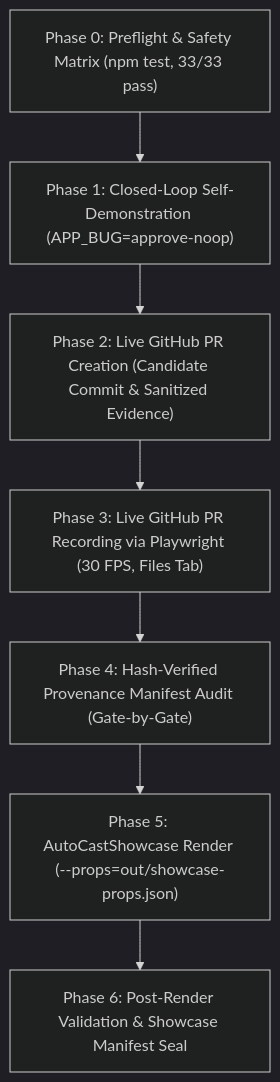
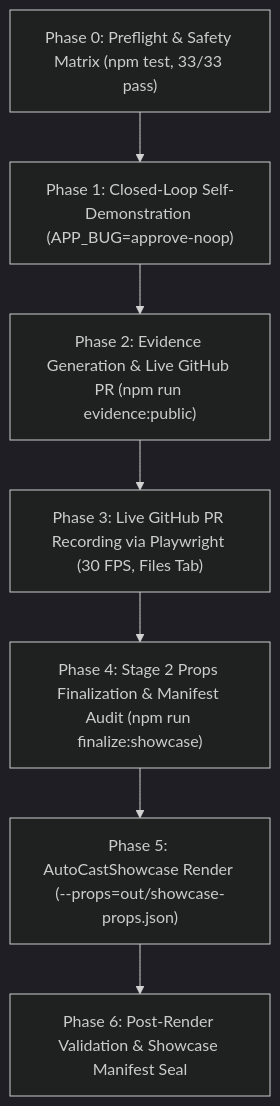
One commit to nikhil-r0/autocast changed the second of 2 diagrams in PLAN.md. Above: the diagram before and after it, drawn with Mermaid (dark theme). The commit also changed other lines of this file and 14 other files, not shown here.

Commit message:
fix(showcase): resolve v7 review blockers with two-stage props, strict release gates, and public evidence generator

````diff
--- a/PLAN.md
+++ b/PLAN.md
@@ -567,9 +567,9 @@
 ```mermaid
 flowchart TD
     P0["Phase 0: Preflight & Safety Matrix (npm test, 33/33 pass)"] --> P1["Phase 1: Closed-Loop Self-Demonstration (APP_BUG=approve-noop)"]
-    P1 --> P2["Phase 2: Live GitHub PR Creation (Candidate Commit & Sanitized Evidence)"]
+    P1 --> P2["Phase 2: Evidence Generation & Live GitHub PR (npm run evidence:public)"]
     P2 --> P3["Phase 3: Live GitHub PR Recording via Playwright (30 FPS, Files Tab)"]
-    P3 --> P4["Phase 4: Hash-Verified Provenance Manifest Audit (Gate-by-Gate)"]
+    P3 --> P4["Phase 4: Stage 2 Props Finalization & Manifest Audit (npm run finalize:showcase)"]
     P4 --> P5["Phase 5: AutoCastShowcase Render (--props=out/showcase-props.json)"]
     P5 --> P6["Phase 6: Post-Render Validation & Showcase Manifest Seal"]
 ```
````
